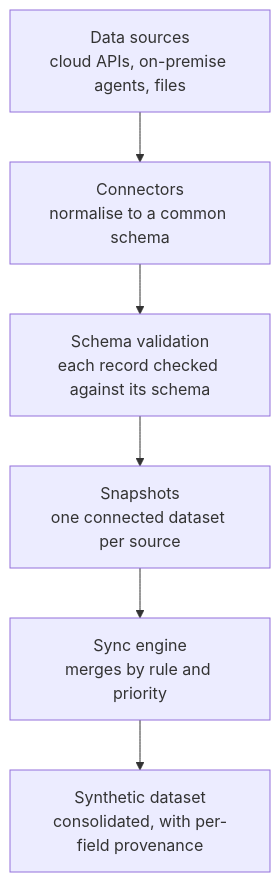
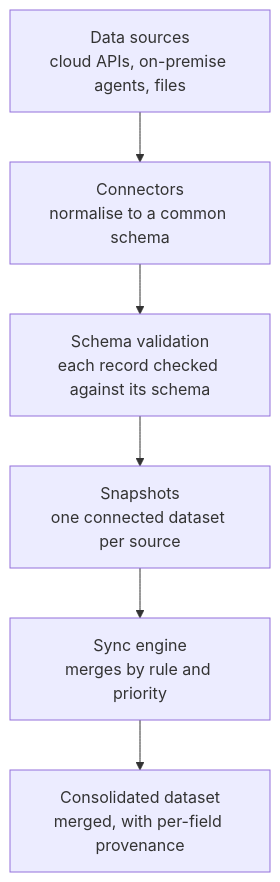
Before and after one commit to corvisrob/corvis-sightline-whitepapers: the first of 2 diagrams in docs/prism/architecture/_overview.md, drawn with Mermaid. The commit also changed other lines of this file and 8 other files, not shown here.

First line of the commit message:
docs(prism): republish for the consolidated-dataset term reversal

````diff
--- a/docs/prism/architecture/_overview.md
+++ b/docs/prism/architecture/_overview.md
@@ -7,8 +7,8 @@
 ```mermaid
 flowchart TD
     A[Data sources<br/>cloud APIs, on-premise agents, files] --> B[Connectors<br/>normalise to a common schema]
     B --> C[Schema validation<br/>each record checked against its schema]
     C --> D[Snapshots<br/>one connected dataset per source]
     D --> E[Sync engine<br/>merges by rule and priority]
-    E --> F[Synthetic dataset<br/>consolidated, with per-field provenance]
+    E --> F[Consolidated dataset<br/>merged, with per-field provenance]
 ```
````
